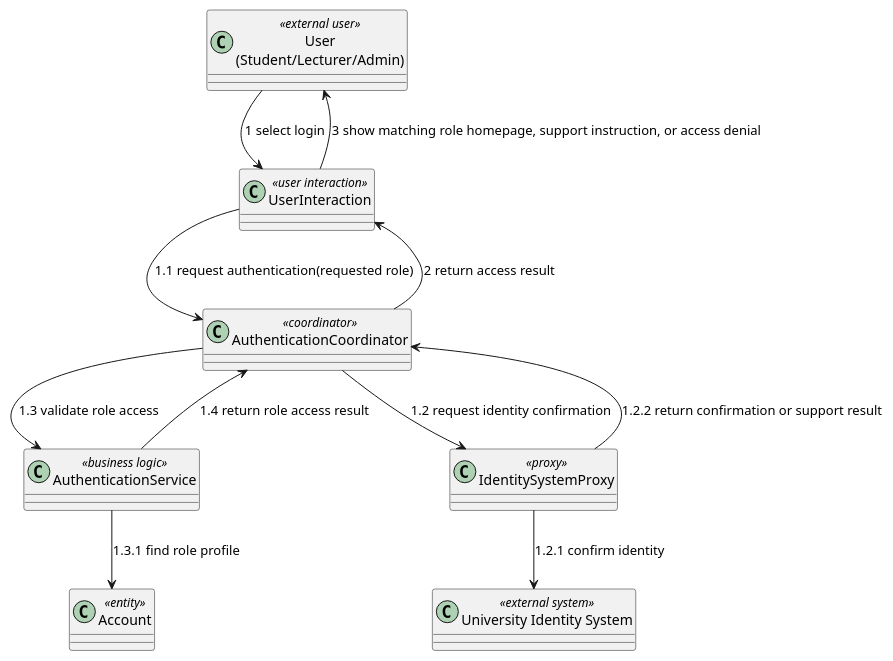
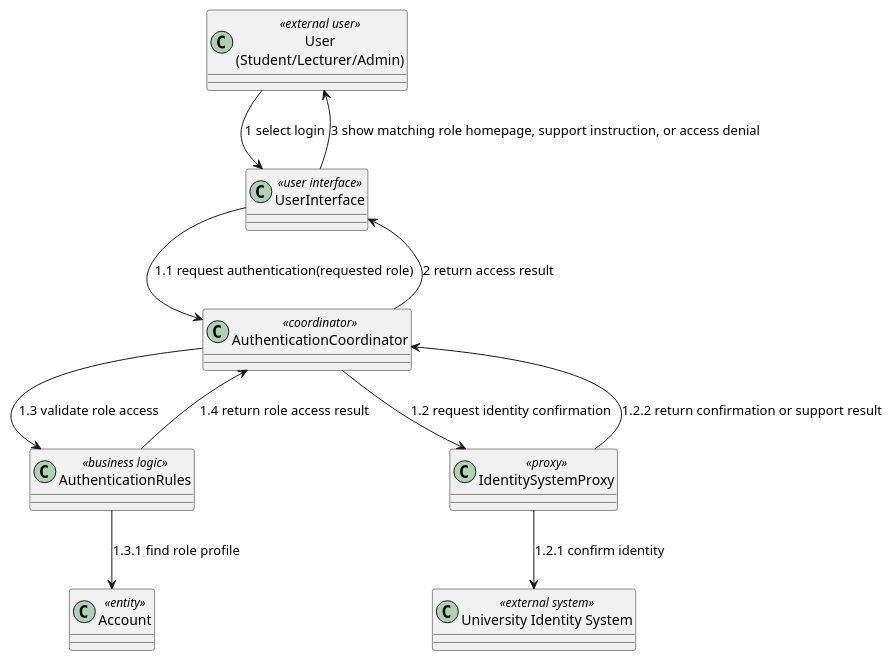
The eighth of 26 diagrams in docs/rds/2_Analysis.md (nttung42/SWD392), drawn with PlantUML before and after one commit. The commit also changed other lines of this file and 1 other file, not shown here.

````diff
--- a/docs/rds/2_Analysis.md
+++ b/docs/rds/2_Analysis.md
@@ -357,22 +357,22 @@
 ```plantuml
 @startuml
 class "User\n(Student/Lecturer/Admin)" as User <<external user>>
-class "UserInteraction" as AccessUI <<user interaction>>
+class "UserInterface" as AccessUI <<user interface>>
 class "AuthenticationCoordinator" as AuthControl <<coordinator>>
-class "AuthenticationService" as AuthRules <<business logic>>
+class "AuthenticationRules" as AuthRules <<business logic>>
 class "IdentitySystemProxy" as UISInterface <<proxy>>
 class "University Identity System" as UIS <<external system>>
 class "Account" as Account <<entity>>
 
 User --> AccessUI : 1 select login
 AccessUI --> AuthControl : 1.1 request authentication(requested role)
 AuthControl --> UISInterface : 1.2 request identity confirmation
 UISInterface --> UIS : 1.2.1 confirm identity
 UISInterface --> AuthControl : 1.2.2 return confirmation or support result
 AuthControl --> AuthRules : 1.3 validate role access
 AuthRules --> Account : 1.3.1 find role profile
 AuthRules --> AuthControl : 1.4 return role access result
 AuthControl --> AccessUI : 2 return access result
 AccessUI --> User : 3 show matching role homepage, support instruction, or access denial
 @enduml
 ```
````
